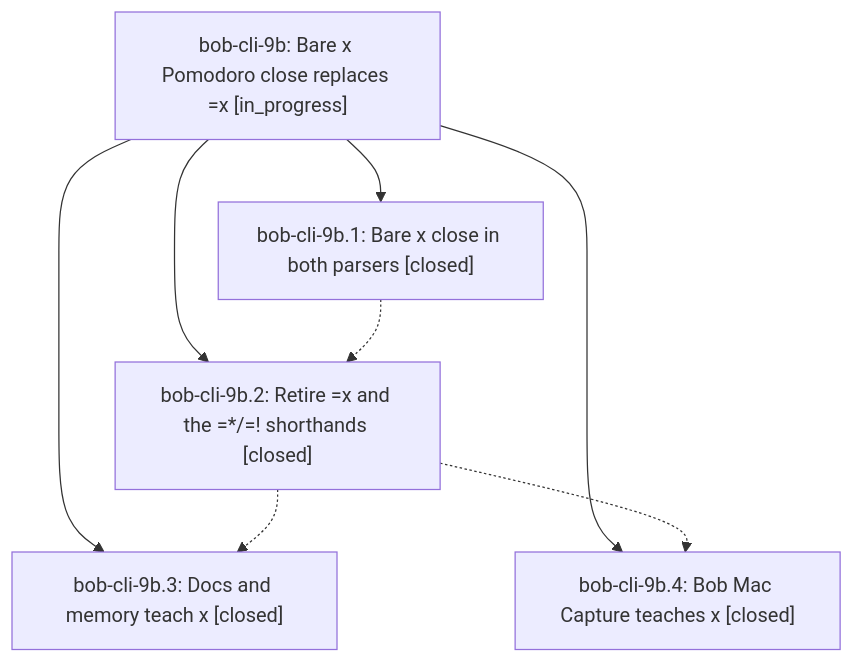
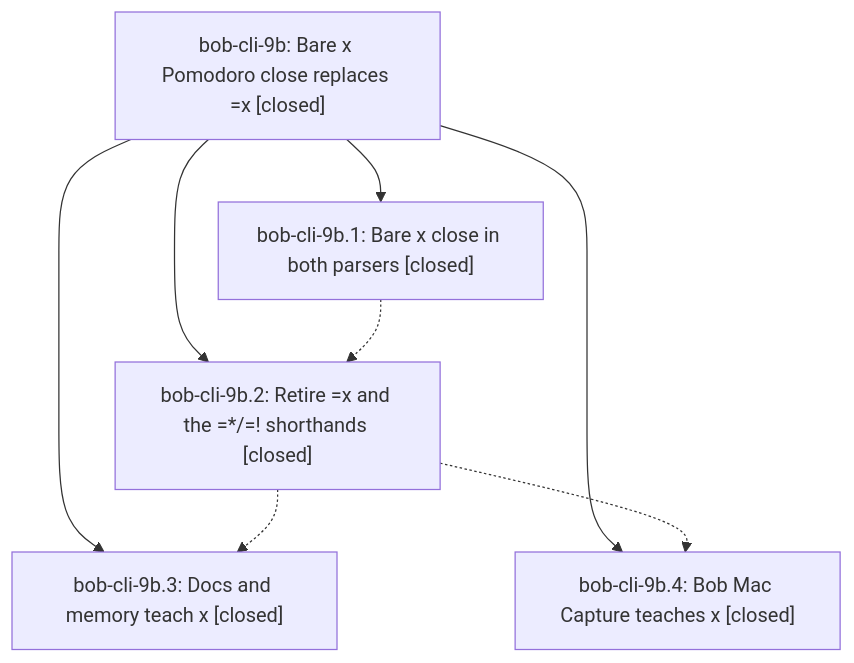
The diagram in pages/bob-cli-9b/README.md (bobs-org/bob-cli--beads), drawn with Mermaid before and after one commit. The commit also changed other lines of this file and 2 other files, not shown here.

First line of the commit message:
chore(beads): sync bead state and pages for bob-cli-9b

````diff
--- a/pages/bob-cli-9b/README.md
+++ b/pages/bob-cli-9b/README.md
@@ -39,15 +47,15 @@
 ```mermaid
 flowchart TD
-    n0["bob-cli-9b: Bare x Pomodoro close replaces =x [in_progress]"]
+    n0["bob-cli-9b: Bare x Pomodoro close replaces =x [closed]"]
     n1["bob-cli-9b.1: Bare x close in both parsers [closed]"]
     n2["bob-cli-9b.2: Retire =x and the =*/=! shorthands [closed]"]
     n3["bob-cli-9b.3: Docs and memory teach x [closed]"]
     n4["bob-cli-9b.4: Bob Mac Capture teaches x [closed]"]
     n0 --> n1
     n0 --> n2
     n0 --> n3
     n0 --> n4
     n1 -.-> n2
     n2 -.-> n3
     n2 -.-> n4
 ```
````
